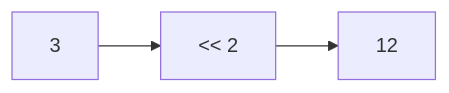
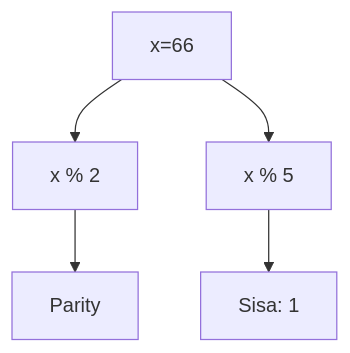
Before and after one commit to amnahwaida/OSNK_INF_PREP: diagram 11 of 25 in part-c-pemahaman-cpp/06-bitwise/latihan/set-05.md, drawn with Mermaid. The commit also changed other lines of this file and 71 other files, not shown here.

````diff
--- a/part-c-pemahaman-cpp/06-bitwise/latihan/set-05.md
+++ b/part-c-pemahaman-cpp/06-bitwise/latihan/set-05.md
@@ -218,5 +331,7 @@
 ```mermaid
-graph LR
-    A[3] --> B["<< 2"]
-    B --> C[12]
+graph TD
+A[x=66] --> B[x % 2]
+B --> C[Parity]
+A --> D[x % 5]
+D --> E[Sisa: 1]
 ```
````
